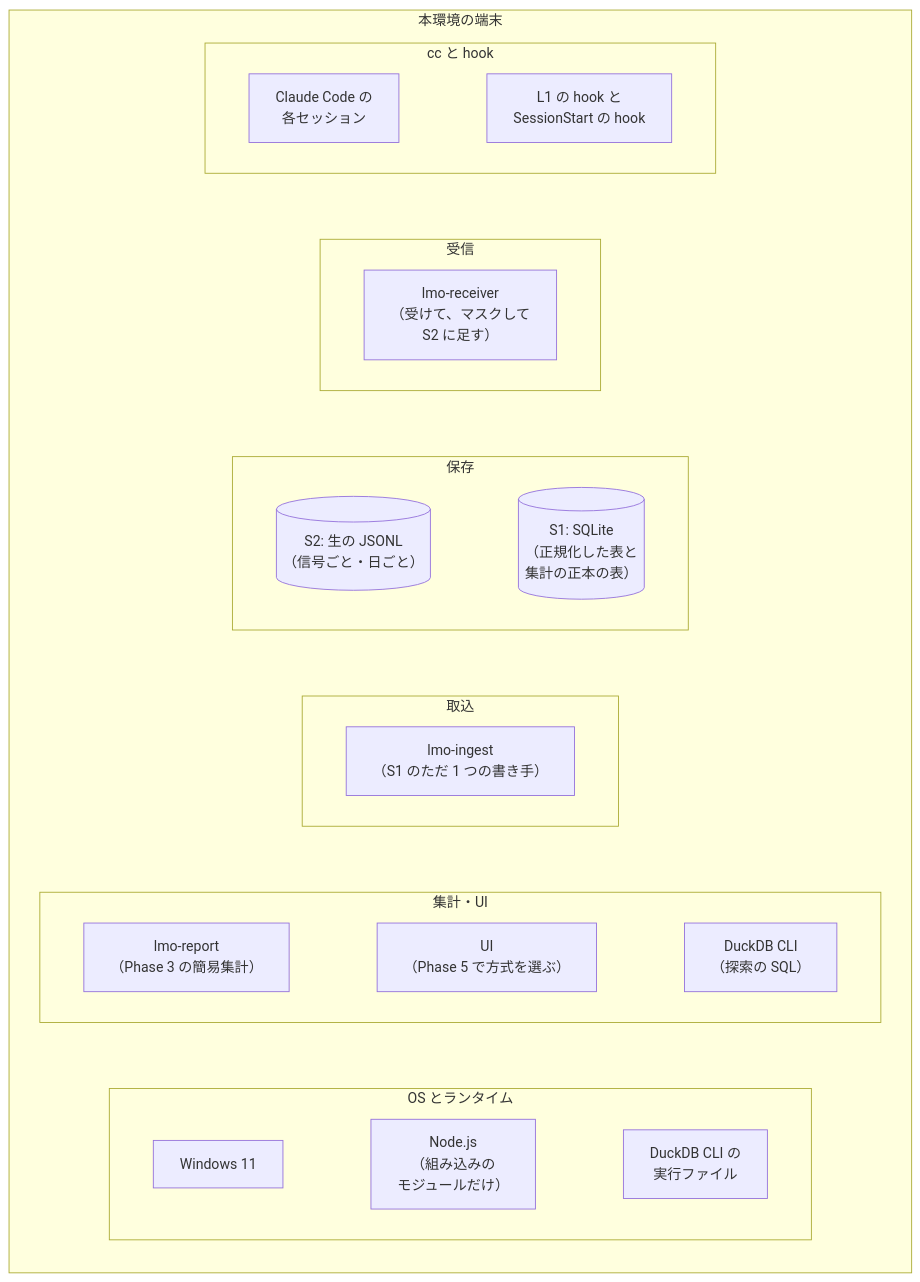
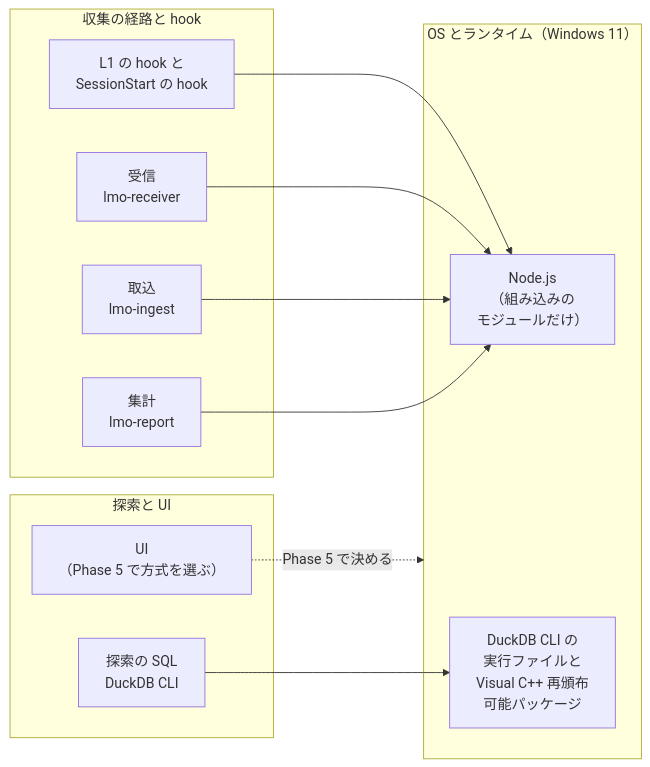
One commit to empty-can/research-by-cc changed the first of 3 diagrams in research-for-local-mini-otel-infra/reports/02.設計/99.設計まとめ/設計書.md. Above: the diagram before and after it, drawn with Mermaid. The commit also changed other lines of this file and 22 other files, not shown here.

````diff
--- a/research-for-local-mini-otel-infra/reports/02.設計/99.設計まとめ/設計書.md
+++ b/research-for-local-mini-otel-infra/reports/02.設計/99.設計まとめ/設計書.md
@@ -103,31 +105,23 @@
 ```mermaid
-flowchart TB
-  subgraph STACK["本環境の端末"]
-    direction TB
-    subgraph LCC["cc と hook"]
-      direction LR
-      CC["Claude Code の<br>各セッション"] ~~~ HK["L1 の hook と<br>SessionStart の hook"]
-    end
-    subgraph LRC["受信"]
-      direction LR
-      RCV["lmo-receiver<br>（受けて、マスクして<br>S2 に足す）"]
-    end
-    subgraph LST["保存"]
-      direction LR
-      S2[("S2: 生の JSONL<br>（信号ごと・日ごと）")] ~~~ S1[("S1: SQLite<br>（正規化した表と<br>集計の正本の表）")]
-    end
-    subgraph LIN["取込"]
-      direction LR
-      ING["lmo-ingest<br>（S1 のただ 1 つの書き手）"]
-    end
-    subgraph LUI["集計・UI"]
-      direction LR
-      REP["lmo-report<br>（Phase 3 の簡易集計）"] ~~~ UI["UI<br>（Phase 5 で方式を選ぶ）"] ~~~ DK["DuckDB CLI<br>（探索の SQL）"]
-    end
-    subgraph LOS["OS とランタイム"]
-      direction LR
-      OS["Windows 11"] ~~~ ND["Node.js<br>（組み込みの<br>モジュールだけ）"] ~~~ EX["DuckDB CLI の<br>実行ファイル"]
-    end
-    LCC ~~~ LRC ~~~ LST ~~~ LIN ~~~ LUI ~~~ LOS
+flowchart LR
+  subgraph COL["収集の経路と hook"]
+    HK["L1 の hook と<br>SessionStart の hook"]
+    RCV["受信<br>lmo-receiver"]
+    ING["取込<br>lmo-ingest"]
+    REP["集計<br>lmo-report"]
   end
+  subgraph EXP["探索と UI"]
+    DK["探索の SQL<br>DuckDB CLI"]
+    UI["UI<br>（Phase 5 で方式を選ぶ）"]
+  end
+  subgraph RT["OS とランタイム（Windows 11）"]
+    ND["Node.js<br>（組み込みの<br>モジュールだけ）"]
+    EX["DuckDB CLI の<br>実行ファイルと<br>Visual C++ 再頒布<br>可能パッケージ"]
+  end
+  HK --> ND
+  RCV --> ND
+  ING --> ND
+  REP --> ND
+  DK --> EX
+  UI -. "Phase 5 で決める" .-> RT
 ```
````
